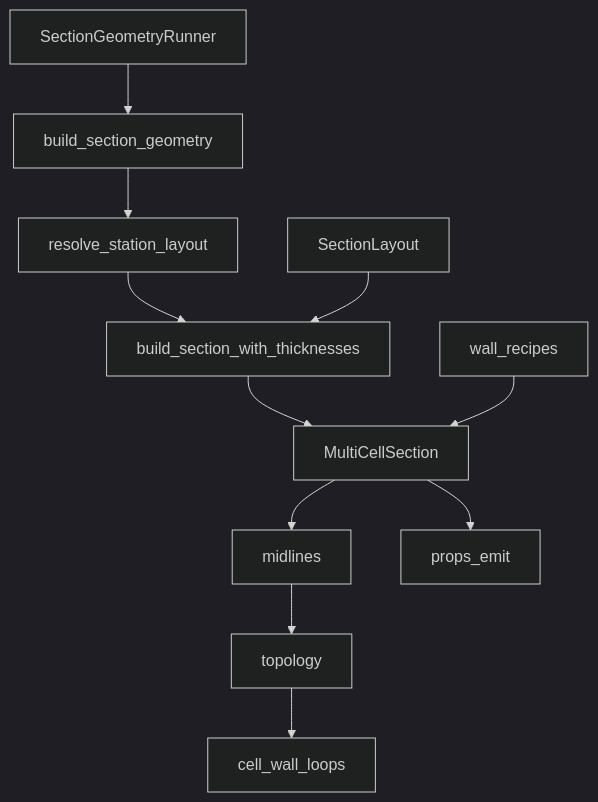
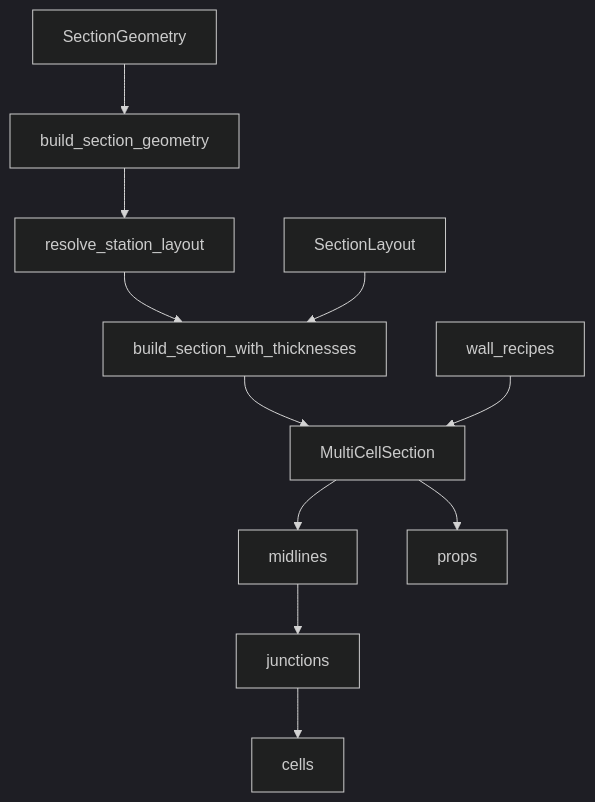
One commit to samhughes-fea/implicit-geometry-kernel changed the third of 3 diagrams in docs/section/README.md. Above: the diagram before and after it, drawn with Mermaid (dark theme). The commit also changed other lines of this file and 406 other files, not shown here.

````diff
--- a/docs/section/README.md
+++ b/docs/section/README.md
@@ -208,13 +207,13 @@
 ```mermaid
 flowchart TB
-  Runner[SectionGeometryRunner] --> Build[build_section_geometry]
+  Runner[SectionGeometry] --> Build[build_section_geometry]
   Build --> Resolve[resolve_station_layout]
   Resolve --> Sized[build_section_with_thicknesses]
   SL[SectionLayout] --> Sized
   Sized --> MCS[MultiCellSection]
   Recipes[wall_recipes] --> MCS
   MCS --> Mid[midlines]
-  Mid --> Topo[topology]
-  Topo --> CellWall[cell_wall_loops]
-  MCS --> Props[props_emit]
+  Mid --> Topo[junctions]
+  Topo --> CellWall[cells]
+  MCS --> Props[props]
 ```
````
